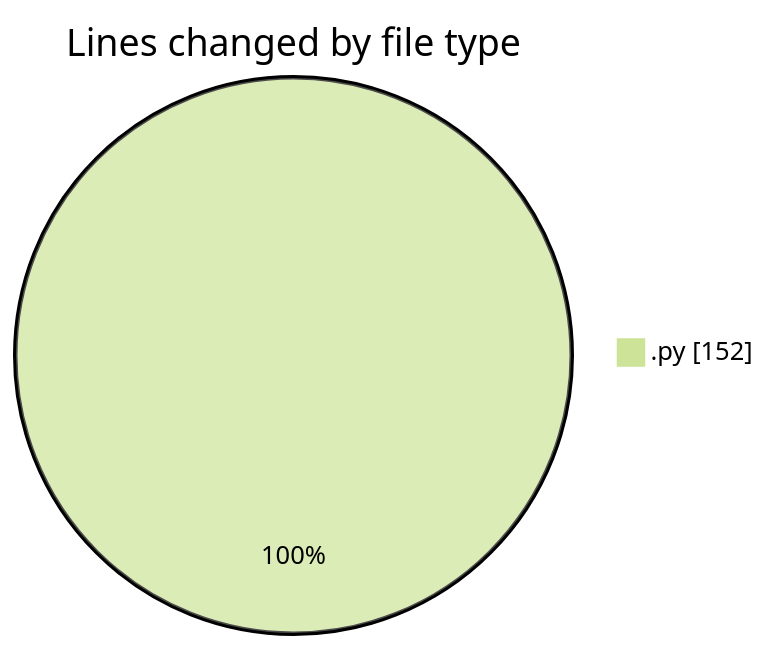
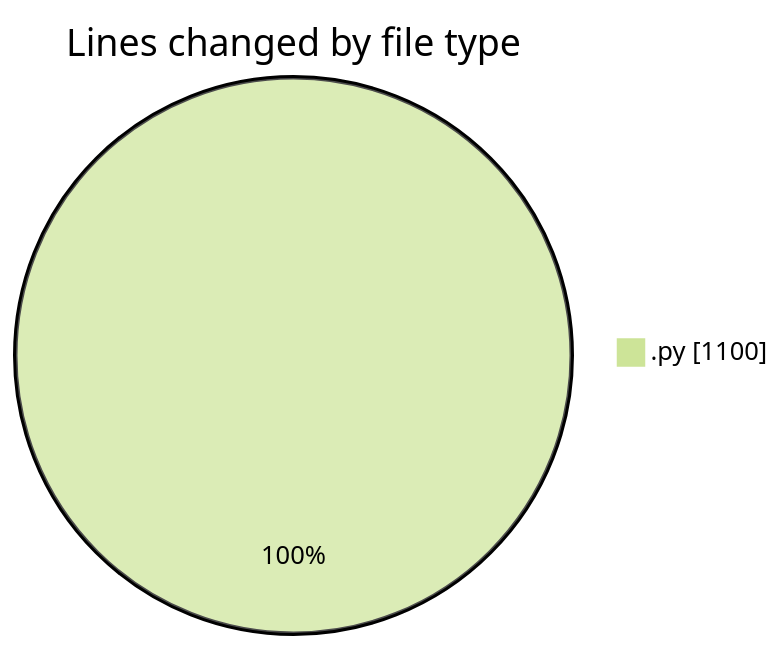
The first of 2 diagrams in 2025-06-01/video_app/README.md (CELIANVF/code-tracking), drawn with Mermaid (forest theme) before and after one commit. The commit also changed other lines of this file and 1 other file, not shown here.

````diff
--- a/2025-06-01/video_app/README.md
+++ b/2025-06-01/video_app/README.md
@@ -20,5 +23,5 @@
 ```mermaid
 pie showData
 title Lines changed by file type
-".py" : 152
+".py" : 1100
 ```
````
